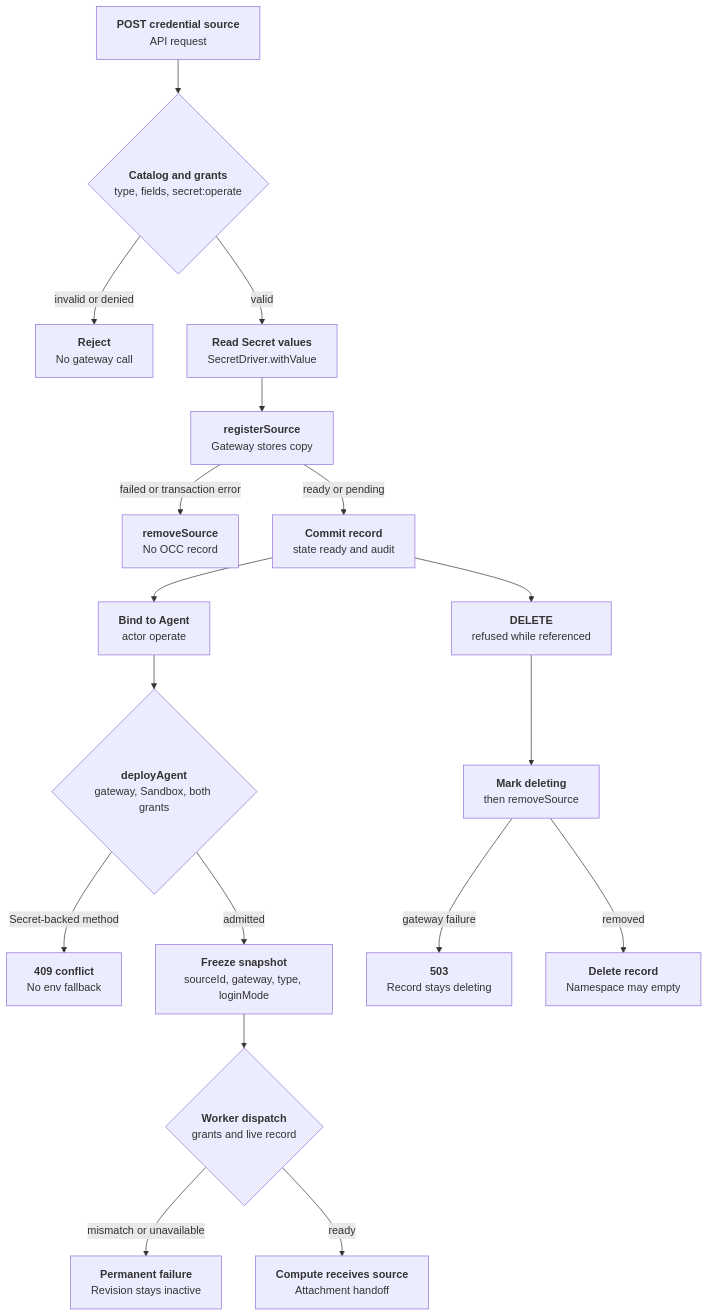
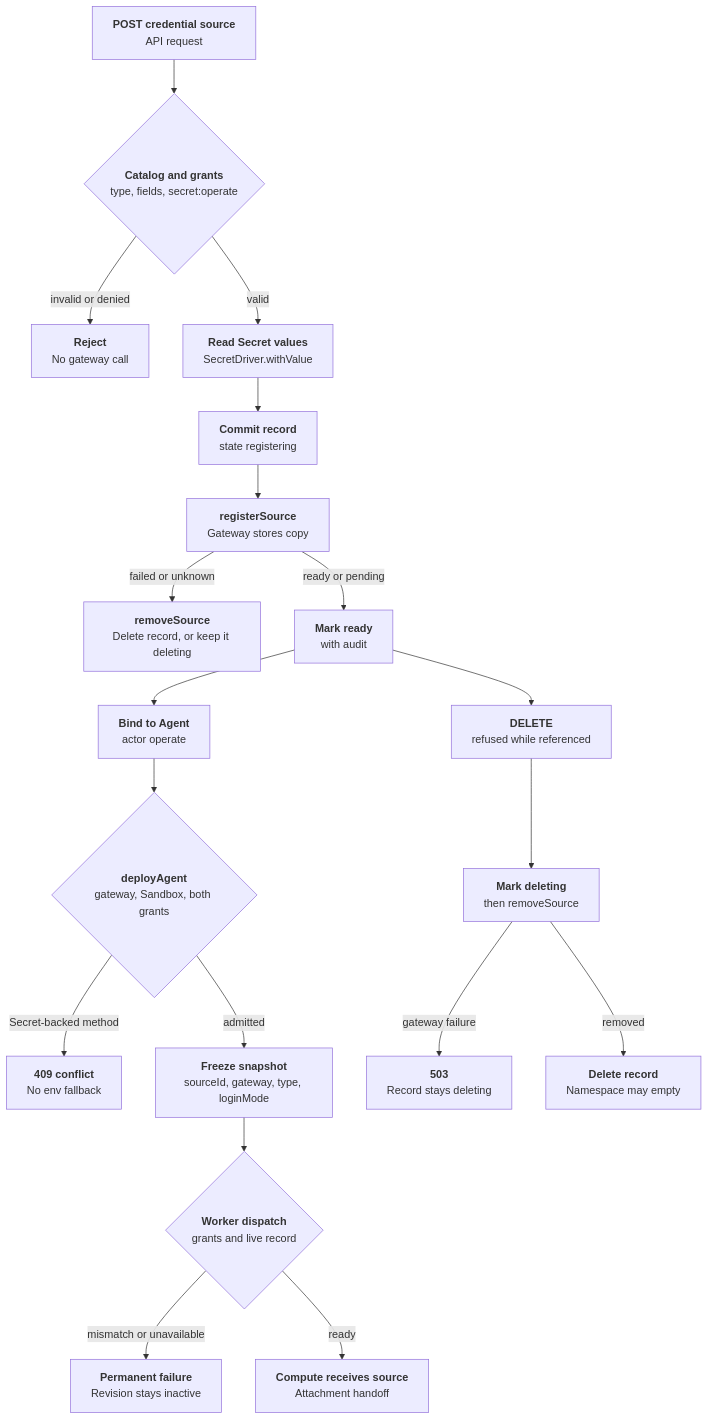
The diagram in docs/flows/credential-source-lifecycle.md (IsaiahStapleton/openclaw-enterprise), drawn with Mermaid before and after one commit. The commit also changed other lines of this file and 19 other files, not shown here.

````diff
--- a/docs/flows/credential-source-lifecycle.md
+++ b/docs/flows/credential-source-lifecycle.md
@@ -34,20 +34,21 @@
 ```mermaid
 graph TD
   A["<b>POST credential source</b><br/>API request"] --> B{"<b>Catalog and grants</b><br/>type, fields, secret:operate"}
   B -- "invalid or denied" --> X["<b>Reject</b><br/>No gateway call"]
   B -- "valid" --> C["<b>Read Secret values</b><br/>SecretDriver.withValue"]
-  C --> D["<b>registerSource</b><br/>Gateway stores copy"]
-  D -- "failed or transaction error" --> Y["<b>removeSource</b><br/>No OCC record"]
-  D -- "ready or pending" --> E["<b>Commit record</b><br/>state ready and audit"]
+  C --> R["<b>Commit record</b><br/>state registering"]
+  R --> D["<b>registerSource</b><br/>Gateway stores copy"]
+  D -- "failed or unknown" --> Y["<b>removeSource</b><br/>Delete record, or keep it deleting"]
+  D -- "ready or pending" --> E["<b>Mark ready</b><br/>with audit"]
   E --> F["<b>Bind to Agent</b><br/>actor operate"]
   F --> G{"<b>deployAgent</b><br/>gateway, Sandbox, both grants"}
   G -- "Secret-backed method" --> Z["<b>409 conflict</b><br/>No env fallback"]
   G -- "admitted" --> H["<b>Freeze snapshot</b><br/>sourceId, gateway, type, loginMode"]
   H --> I{"<b>Worker dispatch</b><br/>grants and live record"}
   I -- "mismatch or unavailable" --> W["<b>Permanent failure</b><br/>Revision stays inactive"]
   I -- "ready" --> J["<b>Compute receives source</b><br/>Attachment handoff"]
   E --> K["<b>DELETE</b><br/>refused while referenced"]
   K --> L["<b>Mark deleting</b><br/>then removeSource"]
   L -- "gateway failure" --> M["<b>503</b><br/>Record stays deleting"]
   L -- "removed" --> N["<b>Delete record</b><br/>Namespace may empty"]
 ```
````
